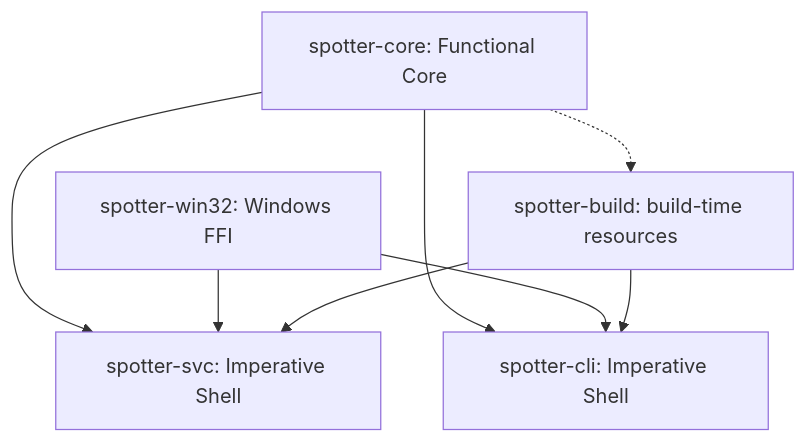
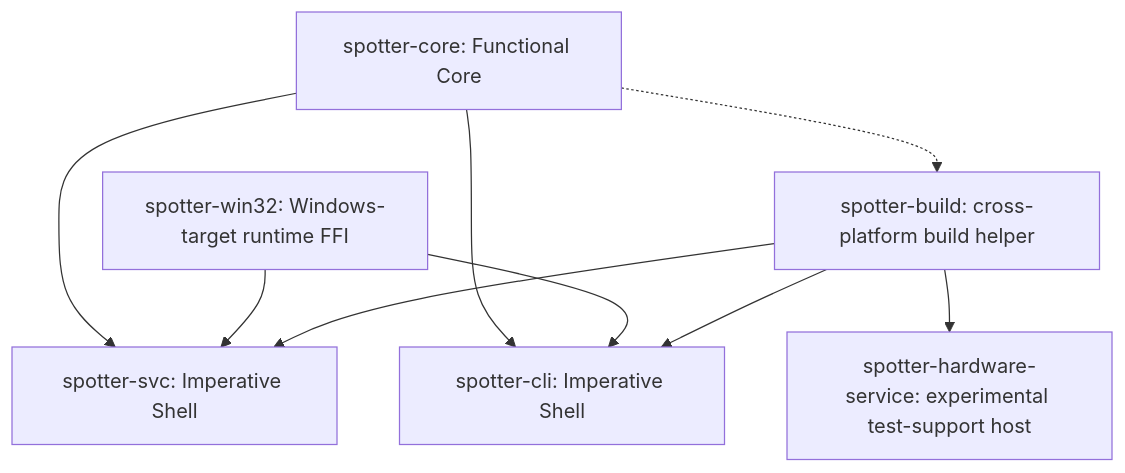
The first of 3 diagrams in docs/architecture.md (infogyre/SnipeSpotter), drawn with Mermaid before and after one commit. The commit also changed other lines of this file and 4 other files, not shown here.

````diff
--- a/docs/architecture.md
+++ b/docs/architecture.md
@@ -7,10 +7,11 @@
 ```mermaid
 graph TD
     Core[spotter-core: Functional Core] --> SVC[spotter-svc: Imperative Shell]
     Core --> CLI[spotter-cli: Imperative Shell]
-    Win32[spotter-win32: Windows FFI] --> SVC
+    Win32[spotter-win32: Windows-target runtime FFI] --> SVC
     Win32 --> CLI
-    Build[spotter-build: build-time resources] --> SVC
+    Build[spotter-build: cross-platform build helper] --> SVC
     Build --> CLI
+    Build --> HWS[spotter-hardware-service: experimental test-support host]
     Core -.-> Build
 ```
````
